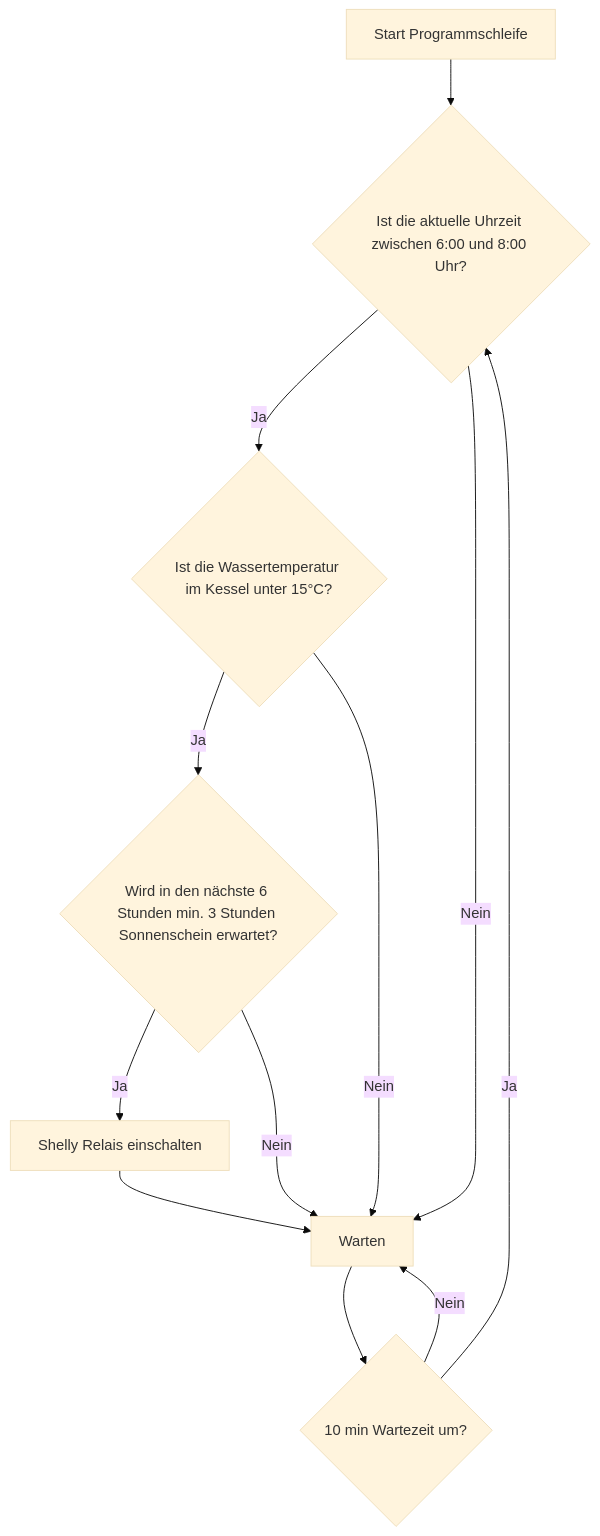
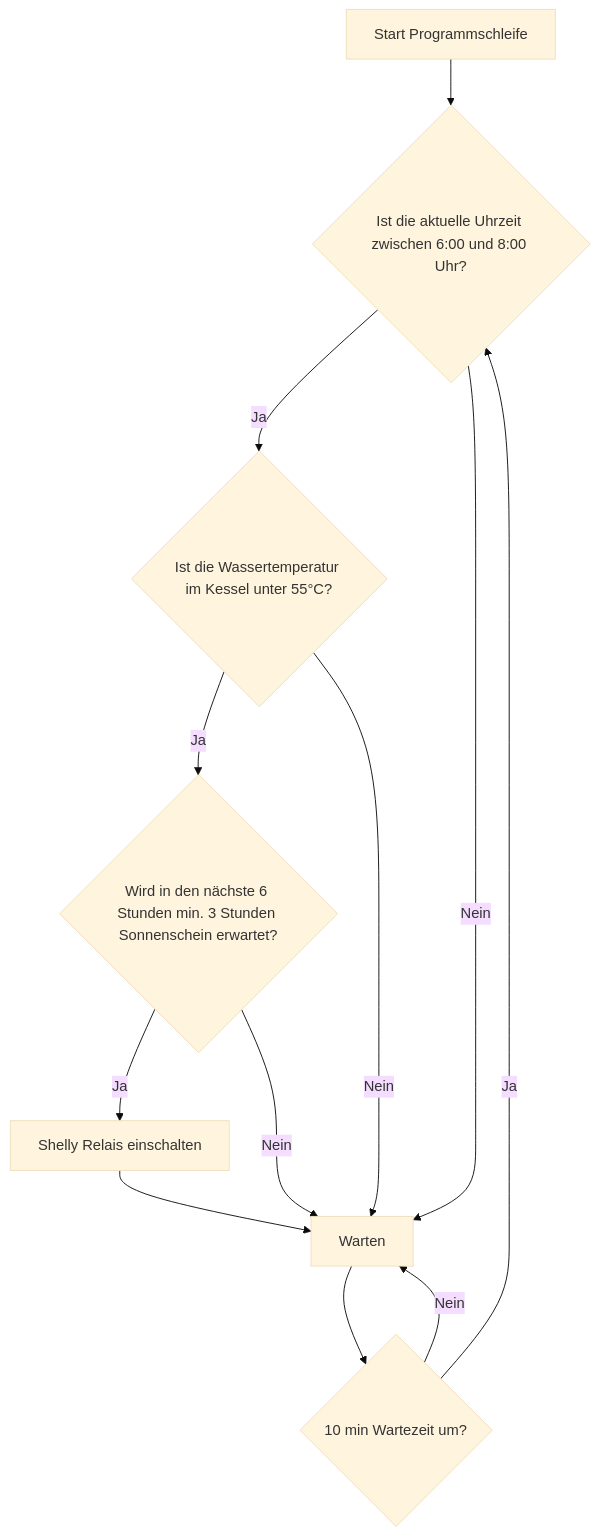
Before and after one commit to phico22/shelly_weather_forecast: the diagram in README.md, drawn with Mermaid (base theme).

Commit message:
Update README.md
Kesseltemperatur auf 55 ° C geändert

````diff
--- a/README.md
+++ b/README.md
@@ -10,14 +10,14 @@
 ```mermaid
 flowchart TD
   A[Start Programmschleife] --> B{Ist die aktuelle Uhrzeit zwischen 6:00 und 8:00 Uhr?}
-  B -->|Ja| C{Ist die Wassertemperatur im Kessel unter 15°C?}
+  B -->|Ja| C{Ist die Wassertemperatur im Kessel unter 55°C?}
   C -->|Ja| D{Wird in den nächste 6 Stunden min. 3 Stunden Sonnenschein erwartet?}
   D --> |Ja| E[Shelly Relais einschalten]
   E--> F[Warten]
   B -->|Nein| F
   C -->|Nein| F
   D -->|Nein| F
   F --> G{10 min Wartezeit um?}
   G --> |Nein| F
   G --> |Ja| B
 ```
````
